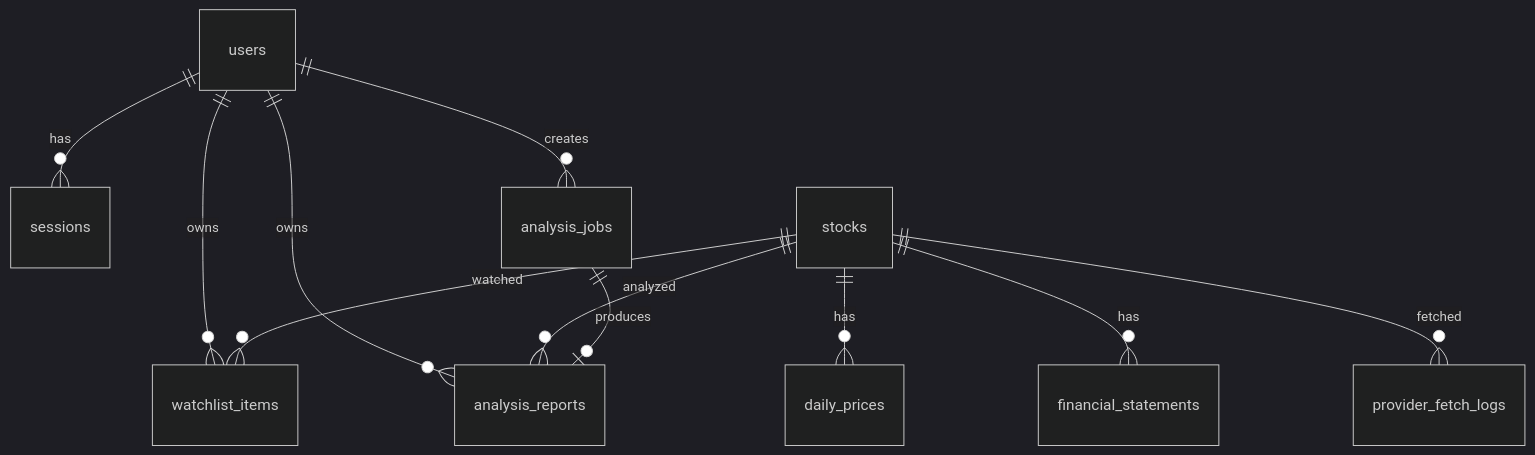
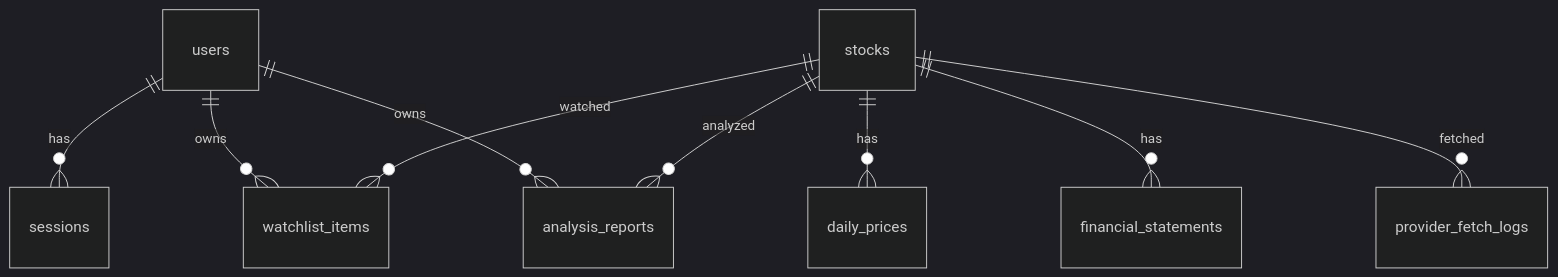
Before and after one commit to KodaiShiraishi/alphalens-jp: the diagram in docs/04_db_design.md, drawn with Mermaid (dark theme). The commit also changed other lines of this file and 9 other files, not shown here.

Commit message:
docs: align MVP architecture with TypeScript stack

````diff
--- a/docs/04_db_design.md
+++ b/docs/04_db_design.md
@@ -26,13 +27,11 @@
 ```mermaid
 erDiagram
   users ||--o{ sessions : has
   users ||--o{ watchlist_items : owns
   users ||--o{ analysis_reports : owns
-  users ||--o{ analysis_jobs : creates
   stocks ||--o{ daily_prices : has
   stocks ||--o{ financial_statements : has
   stocks ||--o{ watchlist_items : watched
   stocks ||--o{ analysis_reports : analyzed
   stocks ||--o{ provider_fetch_logs : fetched
-  analysis_jobs ||--o| analysis_reports : produces
 ```
````
